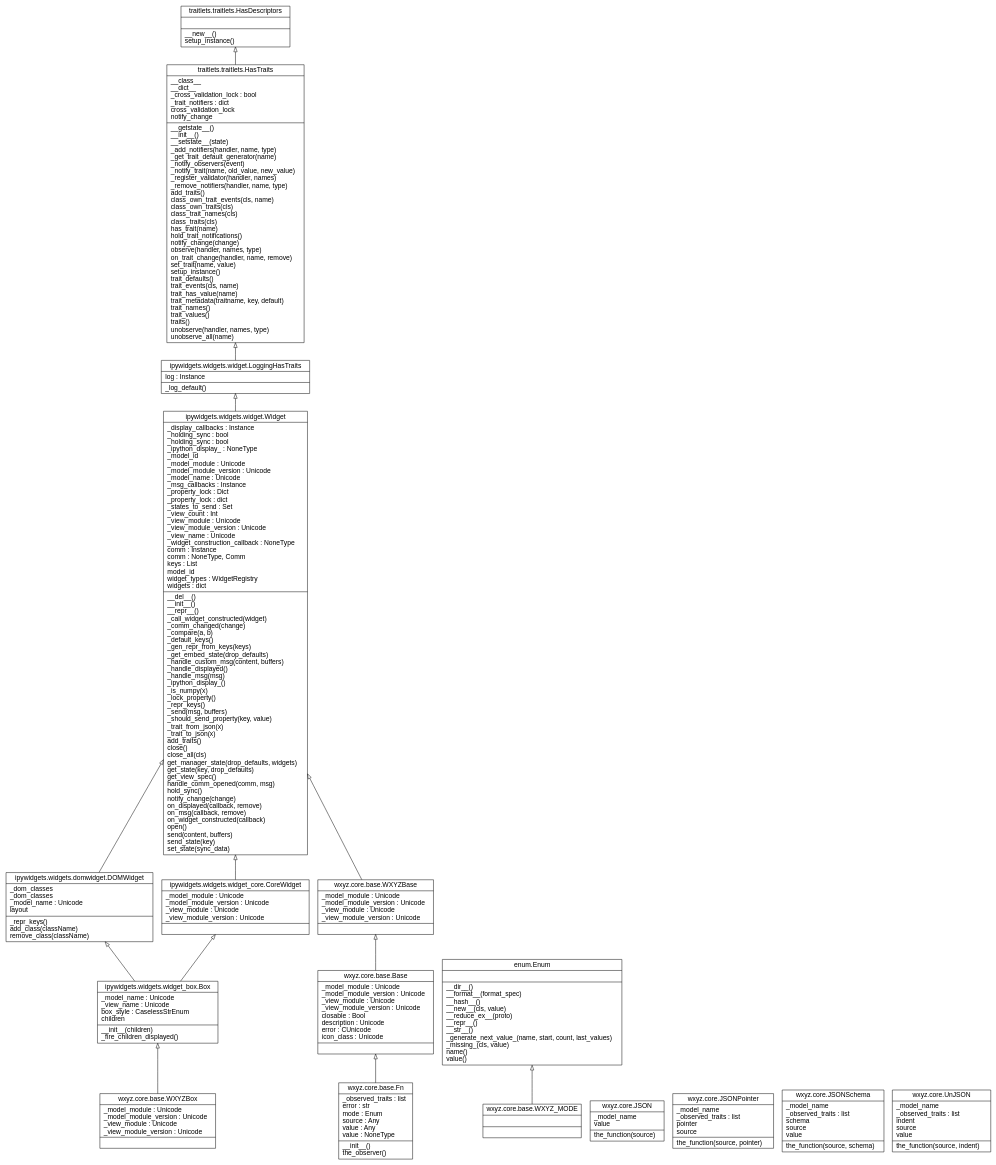
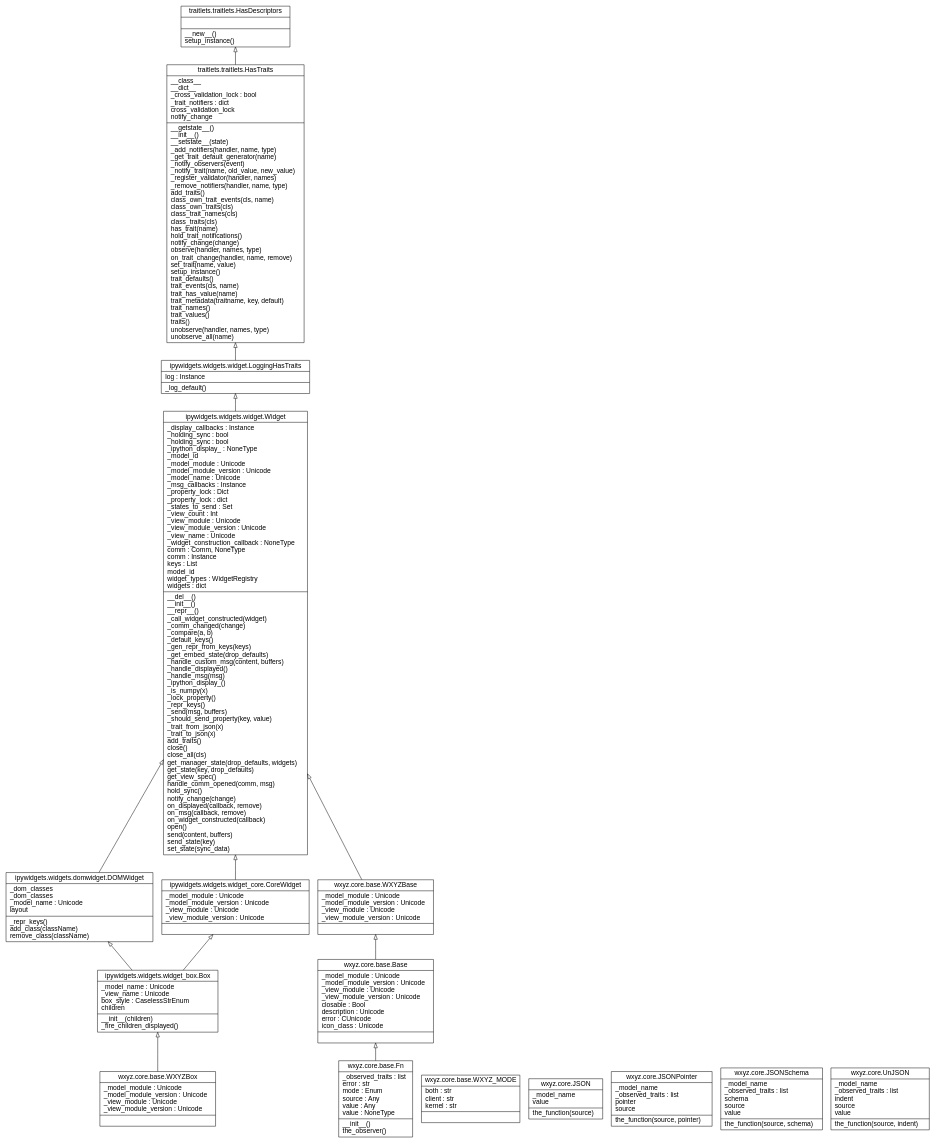
The diagram in docs/widgets/dot/classes_core.dot (deathbeds/wxyz), drawn with Graphviz before and after one commit. The commit also changed 5 other files, not shown here.

```diff
--- a/docs/widgets/dot/classes_core.dot
+++ b/docs/widgets/dot/classes_core.dot
@@ -1,38 +1,36 @@
 digraph "classes_core" {
 
             graph [fontname = "sans-serif"];
             node [fontname = "sans-serif"];
             edge [fontname = "sans-serif"];
             
 charset="utf-8"
 rankdir=BT
 "0" [label="{wxyz.core.base.Base|_model_module : Unicode\l_model_module_version : Unicode\l_view_module : Unicode\l_view_module_version : Unicode\lclosable : Bool\ldescription : Unicode\lerror : CUnicode\licon_class : Unicode\l|}", shape="record"];
 "1" [label="{wxyz.core.base.Fn|_observed_traits : list\lerror : str\lmode : Enum\lsource : Any\lvalue : Any\lvalue : NoneType\l|__init__()\lthe_observer()\l}", shape="record"];
 "2" [label="{wxyz.core.base.WXYZBase|_model_module : Unicode\l_model_module_version : Unicode\l_view_module : Unicode\l_view_module_version : Unicode\l|}", shape="record"];
 "3" [label="{wxyz.core.base.WXYZBox|_model_module : Unicode\l_model_module_version : Unicode\l_view_module : Unicode\l_view_module_version : Unicode\l|}", shape="record"];
-"4" [label="{wxyz.core.base.WXYZ_MODE|\l|}", shape="record"];
+"4" [label="{wxyz.core.base.WXYZ_MODE|both : str\lclient : str\lkernel : str\l|}", shape="record"];
 "5" [label="{wxyz.core.JSON|_model_name\lvalue\l|the_function(source)\l}", shape="record"];
 "6" [label="{wxyz.core.JSONPointer|_model_name\l_observed_traits : list\lpointer\lsource\l|the_function(source, pointer)\l}", shape="record"];
 "7" [label="{wxyz.core.JSONSchema|_model_name\l_observed_traits : list\lschema\lsource\lvalue\l|the_function(source, schema)\l}", shape="record"];
 "8" [label="{wxyz.core.UnJSON|_model_name\l_observed_traits : list\lindent\lsource\lvalue\l|the_function(source, indent)\l}", shape="record"];
-"9" [label="{enum.Enum|\l|__dir__()\l__format__(format_spec)\l__hash__()\l__new__(cls, value)\l__reduce_ex__(proto)\l__repr__()\l__str__()\l_generate_next_value_(name, start, count, last_values)\l_missing_(cls, value)\lname()\lvalue()\l}", shape="record"];
-"10" [label="{ipywidgets.widgets.domwidget.DOMWidget|_dom_classes\l_dom_classes\l_model_name : Unicode\llayout\l|_repr_keys()\ladd_class(className)\lremove_class(className)\l}", shape="record"];
-"11" [label="{ipywidgets.widgets.widget.LoggingHasTraits|log : Instance\l|_log_default()\l}", shape="record"];
-"12" [label="{ipywidgets.widgets.widget.Widget|_display_callbacks : Instance\l_holding_sync : bool\l_holding_sync : bool\l_ipython_display_ : NoneType\l_model_id\l_model_module : Unicode\l_model_module_version : Unicode\l_model_name : Unicode\l_msg_callbacks : Instance\l_property_lock : Dict\l_property_lock : dict\l_states_to_send : Set\l_view_count : Int\l_view_module : Unicode\l_view_module_version : Unicode\l_view_name : Unicode\l_widget_construction_callback : NoneType\lcomm : Instance\lcomm : NoneType, Comm\lkeys : List\lmodel_id\lwidget_types : WidgetRegistry\lwidgets : dict\l|__del__()\l__init__()\l__repr__()\l_call_widget_constructed(widget)\l_comm_changed(change)\l_compare(a, b)\l_default_keys()\l_gen_repr_from_keys(keys)\l_get_embed_state(drop_defaults)\l_handle_custom_msg(content, buffers)\l_handle_displayed()\l_handle_msg(msg)\l_ipython_display_()\l_is_numpy(x)\l_lock_property()\l_repr_keys()\l_send(msg, buffers)\l_should_send_property(key, value)\l_trait_from_json(x)\l_trait_to_json(x)\ladd_traits()\lclose()\lclose_all(cls)\lget_manager_state(drop_defaults, widgets)\lget_state(key, drop_defaults)\lget_view_spec()\lhandle_comm_opened(comm, msg)\lhold_sync()\lnotify_change(change)\lon_displayed(callback, remove)\lon_msg(callback, remove)\lon_widget_constructed(callback)\lopen()\lsend(content, buffers)\lsend_state(key)\lset_state(sync_data)\l}", shape="record"];
-"13" [label="{ipywidgets.widgets.widget_box.Box|_model_name : Unicode\l_view_name : Unicode\lbox_style : CaselessStrEnum\lchildren\l|__init__(children)\l_fire_children_displayed()\l}", shape="record"];
-"14" [label="{ipywidgets.widgets.widget_core.CoreWidget|_model_module : Unicode\l_model_module_version : Unicode\l_view_module : Unicode\l_view_module_version : Unicode\l|}", shape="record"];
-"15" [label="{traitlets.traitlets.HasDescriptors|\l|__new__()\lsetup_instance()\l}", shape="record"];
-"16" [label="{traitlets.traitlets.HasTraits|__class__\l__dict__\l_cross_validation_lock : bool\l_trait_notifiers : dict\lcross_validation_lock\lnotify_change\l|__getstate__()\l__init__()\l__setstate__(state)\l_add_notifiers(handler, name, type)\l_get_trait_default_generator(name)\l_notify_observers(event)\l_notify_trait(name, old_value, new_value)\l_register_validator(handler, names)\l_remove_notifiers(handler, name, type)\ladd_traits()\lclass_own_trait_events(cls, name)\lclass_own_traits(cls)\lclass_trait_names(cls)\lclass_traits(cls)\lhas_trait(name)\lhold_trait_notifications()\lnotify_change(change)\lobserve(handler, names, type)\lon_trait_change(handler, name, remove)\lset_trait(name, value)\lsetup_instance()\ltrait_defaults()\ltrait_events(cls, name)\ltrait_has_value(name)\ltrait_metadata(traitname, key, default)\ltrait_names()\ltrait_values()\ltraits()\lunobserve(handler, names, type)\lunobserve_all(name)\l}", shape="record"];
+"9" [label="{ipywidgets.widgets.domwidget.DOMWidget|_dom_classes\l_dom_classes\l_model_name : Unicode\llayout\l|_repr_keys()\ladd_class(className)\lremove_class(className)\l}", shape="record"];
+"10" [label="{ipywidgets.widgets.widget.LoggingHasTraits|log : Instance\l|_log_default()\l}", shape="record"];
+"11" [label="{ipywidgets.widgets.widget.Widget|_display_callbacks : Instance\l_holding_sync : bool\l_holding_sync : bool\l_ipython_display_ : NoneType\l_model_id\l_model_module : Unicode\l_model_module_version : Unicode\l_model_name : Unicode\l_msg_callbacks : Instance\l_property_lock : Dict\l_property_lock : dict\l_states_to_send : Set\l_view_count : Int\l_view_module : Unicode\l_view_module_version : Unicode\l_view_name : Unicode\l_widget_construction_callback : NoneType\lcomm : Comm, NoneType\lcomm : Instance\lkeys : List\lmodel_id\lwidget_types : WidgetRegistry\lwidgets : dict\l|__del__()\l__init__()\l__repr__()\l_call_widget_constructed(widget)\l_comm_changed(change)\l_compare(a, b)\l_default_keys()\l_gen_repr_from_keys(keys)\l_get_embed_state(drop_defaults)\l_handle_custom_msg(content, buffers)\l_handle_displayed()\l_handle_msg(msg)\l_ipython_display_()\l_is_numpy(x)\l_lock_property()\l_repr_keys()\l_send(msg, buffers)\l_should_send_property(key, value)\l_trait_from_json(x)\l_trait_to_json(x)\ladd_traits()\lclose()\lclose_all(cls)\lget_manager_state(drop_defaults, widgets)\lget_state(key, drop_defaults)\lget_view_spec()\lhandle_comm_opened(comm, msg)\lhold_sync()\lnotify_change(change)\lon_displayed(callback, remove)\lon_msg(callback, remove)\lon_widget_constructed(callback)\lopen()\lsend(content, buffers)\lsend_state(key)\lset_state(sync_data)\l}", shape="record"];
+"12" [label="{ipywidgets.widgets.widget_box.Box|_model_name : Unicode\l_view_name : Unicode\lbox_style : CaselessStrEnum\lchildren\l|__init__(children)\l_fire_children_displayed()\l}", shape="record"];
+"13" [label="{ipywidgets.widgets.widget_core.CoreWidget|_model_module : Unicode\l_model_module_version : Unicode\l_view_module : Unicode\l_view_module_version : Unicode\l|}", shape="record"];
+"14" [label="{traitlets.traitlets.HasDescriptors|\l|__new__()\lsetup_instance()\l}", shape="record"];
+"15" [label="{traitlets.traitlets.HasTraits|__class__\l__dict__\l_cross_validation_lock : bool\l_trait_notifiers : dict\lcross_validation_lock\lnotify_change\l|__getstate__()\l__init__()\l__setstate__(state)\l_add_notifiers(handler, name, type)\l_get_trait_default_generator(name)\l_notify_observers(event)\l_notify_trait(name, old_value, new_value)\l_register_validator(handler, names)\l_remove_notifiers(handler, name, type)\ladd_traits()\lclass_own_trait_events(cls, name)\lclass_own_traits(cls)\lclass_trait_names(cls)\lclass_traits(cls)\lhas_trait(name)\lhold_trait_notifications()\lnotify_change(change)\lobserve(handler, names, type)\lon_trait_change(handler, name, remove)\lset_trait(name, value)\lsetup_instance()\ltrait_defaults()\ltrait_events(cls, name)\ltrait_has_value(name)\ltrait_metadata(traitname, key, default)\ltrait_names()\ltrait_values()\ltraits()\lunobserve(handler, names, type)\lunobserve_all(name)\l}", shape="record"];
 "0" -> "2" [arrowhead="empty", arrowtail="none"];
 "1" -> "0" [arrowhead="empty", arrowtail="none"];
-"2" -> "12" [arrowhead="empty", arrowtail="none"];
-"3" -> "13" [arrowhead="empty", arrowtail="none"];
-"4" -> "9" [arrowhead="empty", arrowtail="none"];
-"10" -> "12" [arrowhead="empty", arrowtail="none"];
-"11" -> "16" [arrowhead="empty", arrowtail="none"];
-"12" -> "11" [arrowhead="empty", arrowtail="none"];
-"13" -> "10" [arrowhead="empty", arrowtail="none"];
-"13" -> "14" [arrowhead="empty", arrowtail="none"];
-"14" -> "12" [arrowhead="empty", arrowtail="none"];
-"16" -> "15" [arrowhead="empty", arrowtail="none"];
+"2" -> "11" [arrowhead="empty", arrowtail="none"];
+"3" -> "12" [arrowhead="empty", arrowtail="none"];
+"9" -> "11" [arrowhead="empty", arrowtail="none"];
+"10" -> "15" [arrowhead="empty", arrowtail="none"];
+"11" -> "10" [arrowhead="empty", arrowtail="none"];
+"12" -> "9" [arrowhead="empty", arrowtail="none"];
+"12" -> "13" [arrowhead="empty", arrowtail="none"];
+"13" -> "11" [arrowhead="empty", arrowtail="none"];
+"15" -> "14" [arrowhead="empty", arrowtail="none"];
 }
```
